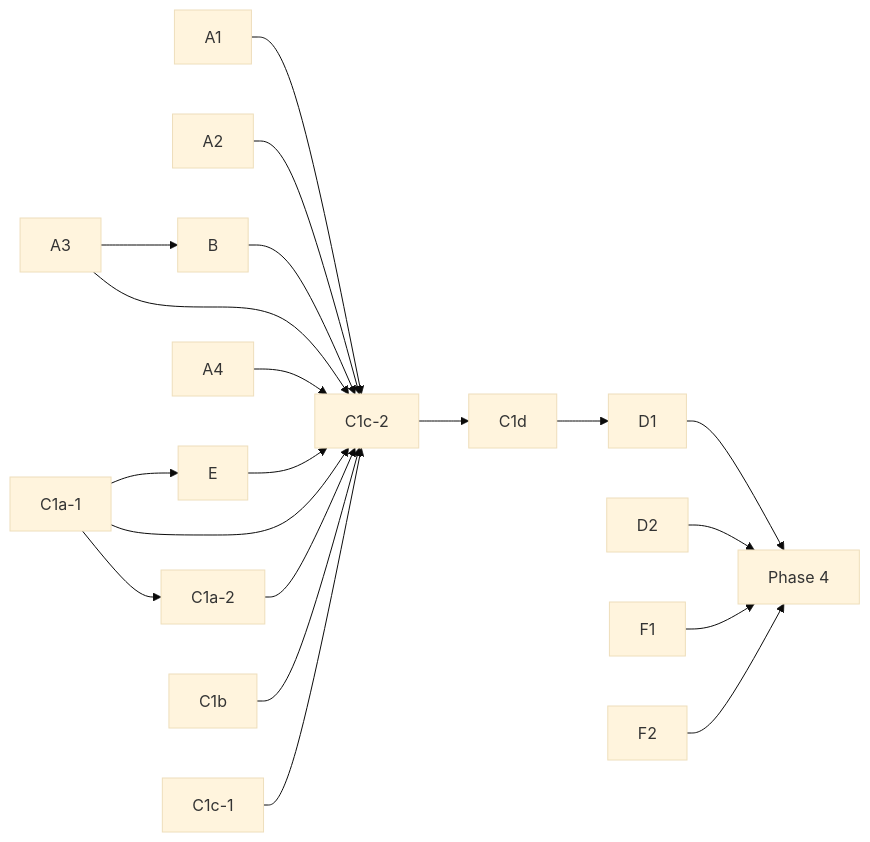
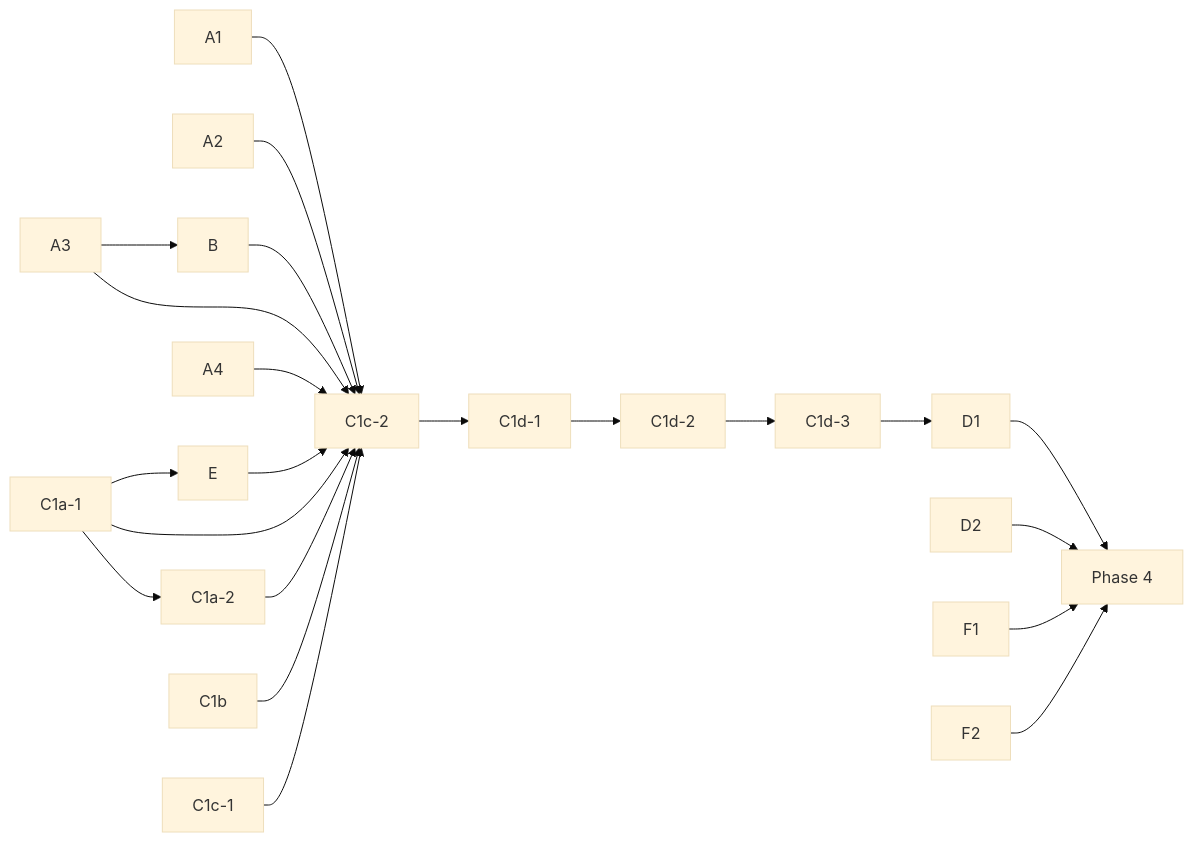
Before and after one commit to ruby-git/ruby-git: the diagram in redesign/3_architecture_implementation.md, drawn with Mermaid (base theme). The commit also changed other lines of this file and 39 other files, not shown here.

````diff
--- a/redesign/3_architecture_implementation.md
+++ b/redesign/3_architecture_implementation.md
@@ -133,19 +173,19 @@
 ```mermaid
 graph LR
     A1 --> C1c-2
     A2 --> C1c-2
     A3 --> B --> C1c-2
     A3 --> C1c-2
     A4 --> C1c-2
     C1a-1 --> C1a-2
     C1a-1 --> E --> C1c-2
     C1a-1 --> C1c-2
     C1a-2 --> C1c-2
     C1b --> C1c-2
     C1c-1 --> C1c-2
-    C1c-2 --> C1d
-    C1d --> D1 --> Phase4["Phase 4"]
+    C1c-2 --> C1d-1
+    C1d-1 --> C1d-2 --> C1d-3 --> D1 --> Phase4["Phase 4"]
     D2 --> Phase4
     F1 --> Phase4
     F2 --> Phase4
 ```
````
